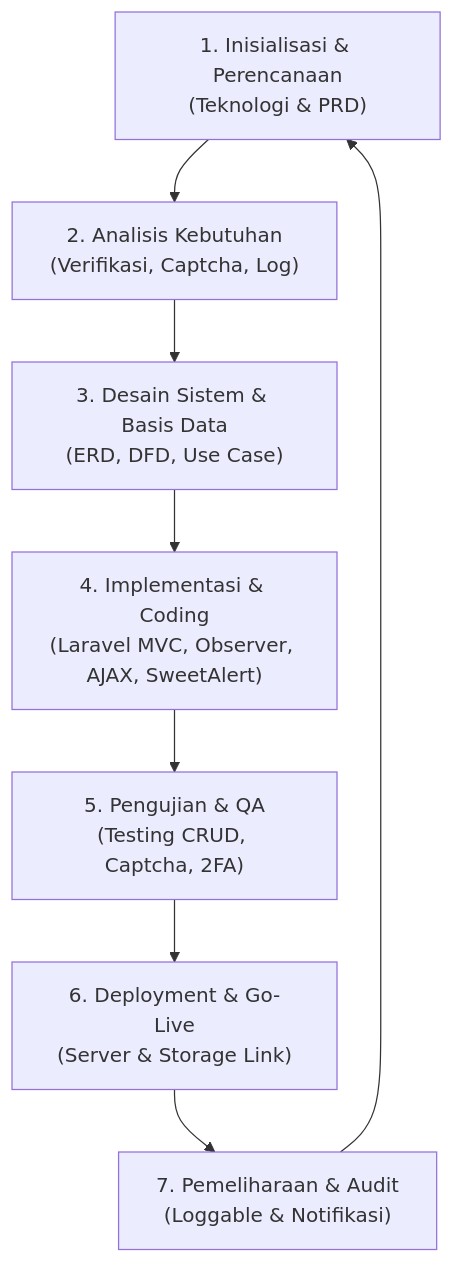
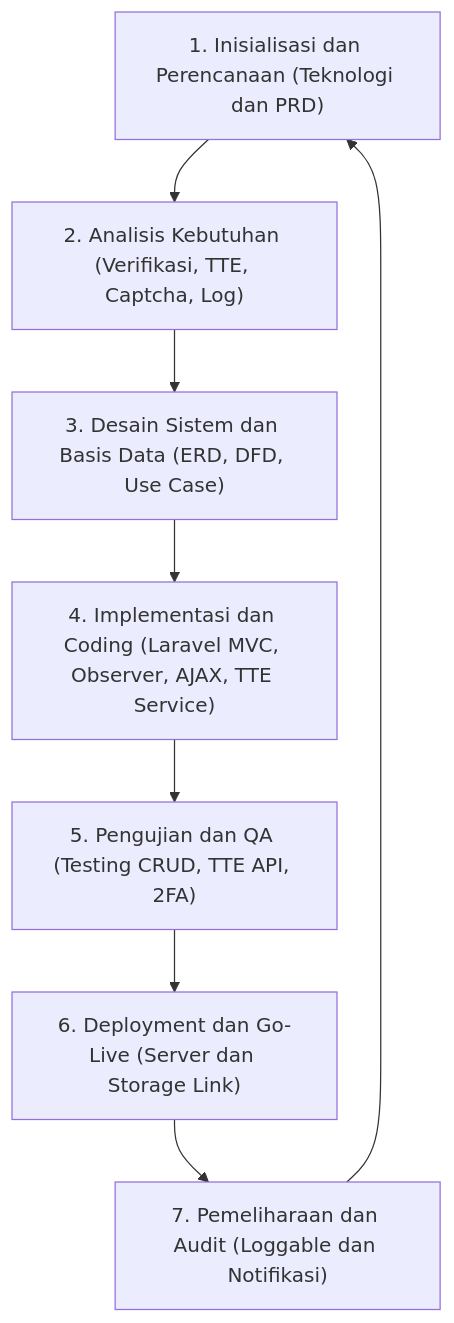
One commit to apriandewa/sakti changed the first of 6 diagrams in docs/PRD_Portal_Diskominfotik.md. Above: the diagram before and after it, drawn with Mermaid. The commit also changed other lines of this file and 28 other files, not shown here.

````diff
--- a/docs/PRD_Portal_Diskominfotik.md
+++ b/docs/PRD_Portal_Diskominfotik.md
@@ -47,10 +53,10 @@
 ```mermaid
 graph TD
-    A["1. Inisialisasi & Perencanaan<br/>(Teknologi & PRD)"] --> B["2. Analisis Kebutuhan<br/>(Verifikasi, Captcha, Log)"]
-    B --> C["3. Desain Sistem & Basis Data<br/>(ERD, DFD, Use Case)"]
-    C --> D["4. Implementasi & Coding<br/>(Laravel MVC, Observer, AJAX, SweetAlert)"]
-    D --> E["5. Pengujian & QA<br/>(Testing CRUD, Captcha, 2FA)"]
-    E --> F["6. Deployment & Go-Live<br/>(Server & Storage Link)"]
-    F --> G["7. Pemeliharaan & Audit<br/>(Loggable & Notifikasi)"]
+    A["1. Inisialisasi dan Perencanaan (Teknologi dan PRD)"] --> B["2. Analisis Kebutuhan (Verifikasi, TTE, Captcha, Log)"]
+    B --> C["3. Desain Sistem dan Basis Data (ERD, DFD, Use Case)"]
+    C --> D["4. Implementasi dan Coding (Laravel MVC, Observer, AJAX, TTE Service)"]
+    D --> E["5. Pengujian dan QA (Testing CRUD, TTE API, 2FA)"]
+    E --> F["6. Deployment dan Go-Live (Server dan Storage Link)"]
+    F --> G["7. Pemeliharaan dan Audit (Loggable dan Notifikasi)"]
     G --> A
 ```
````
